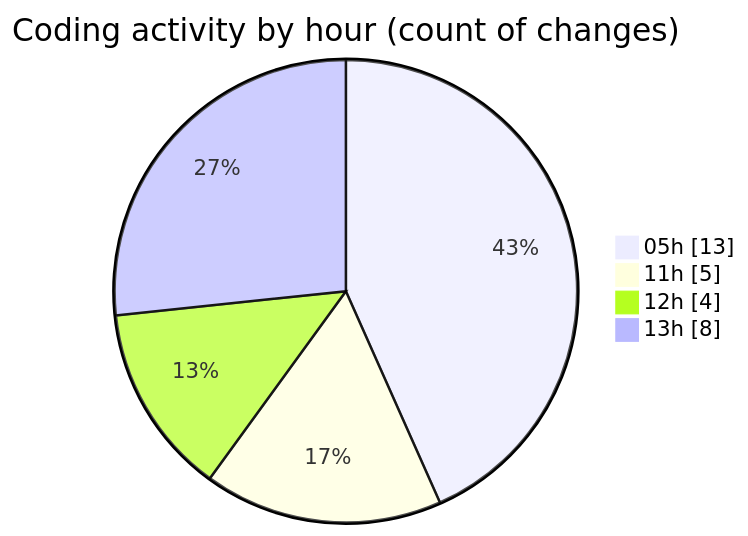
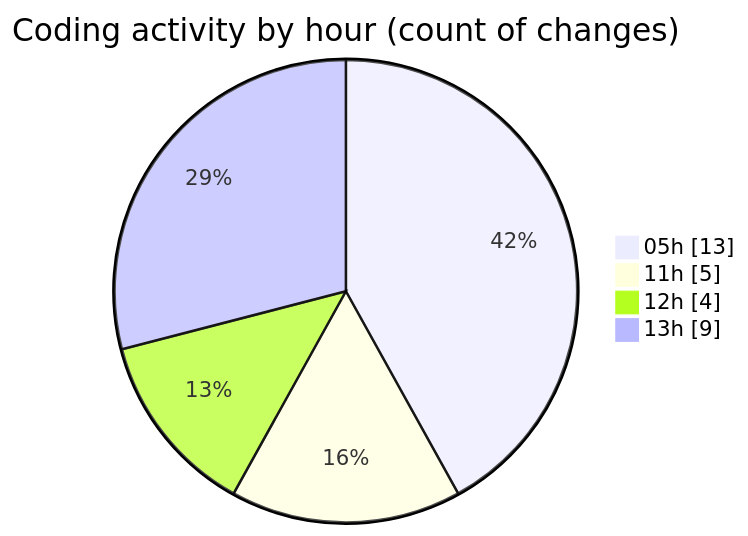
Before and after one commit to lephambinh05/code-tracking: the second of 2 diagrams in 2025-09-10/hiai-phf/README.md, drawn with Mermaid. The commit also changed other lines of this file and 1 other file, not shown here.

````diff
--- a/2025-09-10/hiai-phf/README.md
+++ b/2025-09-10/hiai-phf/README.md
@@ -39,8 +39,8 @@
 ```mermaid
 pie showData
 title Coding activity by hour (count of changes)
 "05h" : 13
 "11h" : 5
 "12h" : 4
-"13h" : 8
+"13h" : 9
 ```
````
